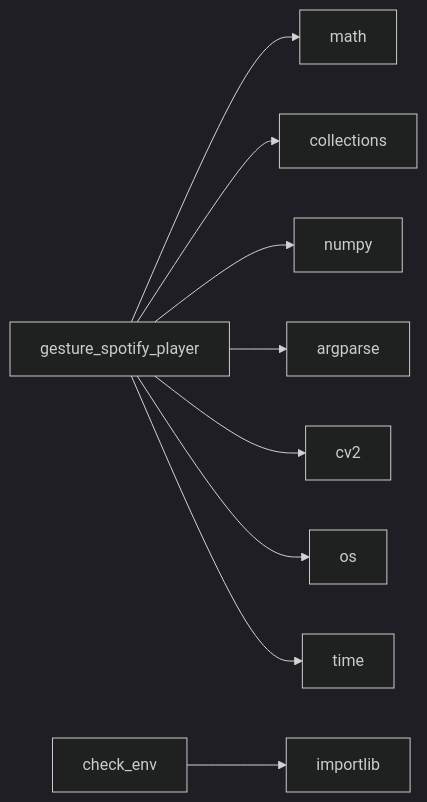
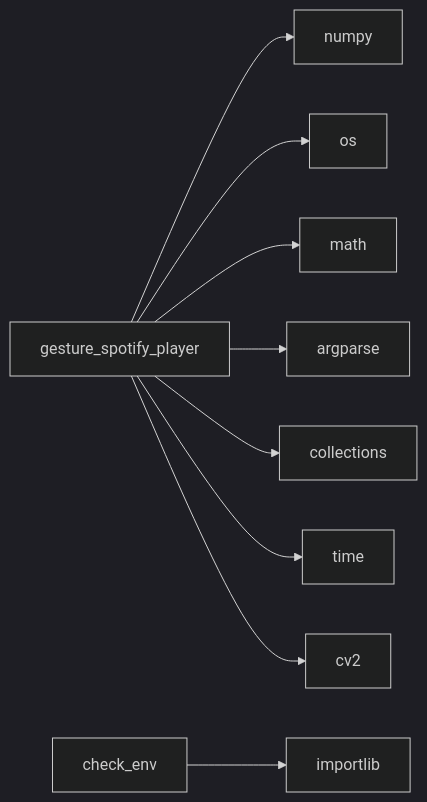
The diagram in .github/docs/dependencies.md (NITISH-R-G/PalmPlay1), drawn with Mermaid (dark theme) before and after one commit. The commit also changed 3 other files, not shown here.

Commit message:
docs: update repository documentation and diagrams [skip ci]

````diff
--- a/.github/docs/dependencies.md
+++ b/.github/docs/dependencies.md
@@ -3,15 +3,15 @@
 ```mermaid
 graph LR
     gesture_spotify_player[gesture_spotify_player]
+    gesture_spotify_player --> numpy[numpy]
+    gesture_spotify_player --> os[os]
     gesture_spotify_player --> math[math]
+    gesture_spotify_player --> argparse[argparse]
     gesture_spotify_player --> collections[collections]
-    gesture_spotify_player --> numpy[numpy]
-    gesture_spotify_player --> argparse[argparse]
+    gesture_spotify_player --> time[time]
     gesture_spotify_player --> cv2[cv2]
-    gesture_spotify_player --> os[os]
-    gesture_spotify_player --> time[time]
     check_env[check_env]
     check_env --> importlib[importlib]
-    click gesture_spotify_player href "https://github.com/NITISH-R-G/PalmPlay1/blob/1/merge/gesture_spotify_player.py" "View source code"
-    click check_env href "https://github.com/NITISH-R-G/PalmPlay1/blob/1/merge/check_env.py" "View source code"
+    click gesture_spotify_player href "https://github.com/NITISH-R-G/PalmPlay1/blob/main/gesture_spotify_player.py" "View source code"
+    click check_env href "https://github.com/NITISH-R-G/PalmPlay1/blob/main/check_env.py" "View source code"
 ```
````
